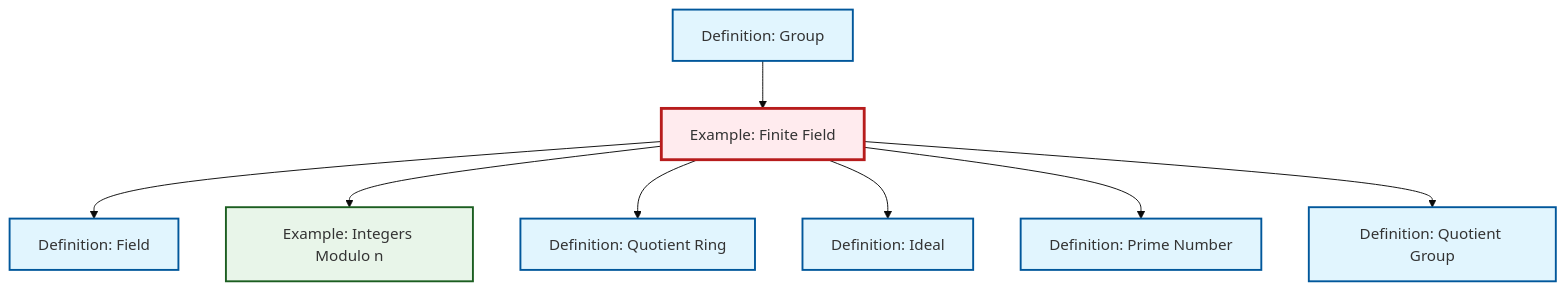
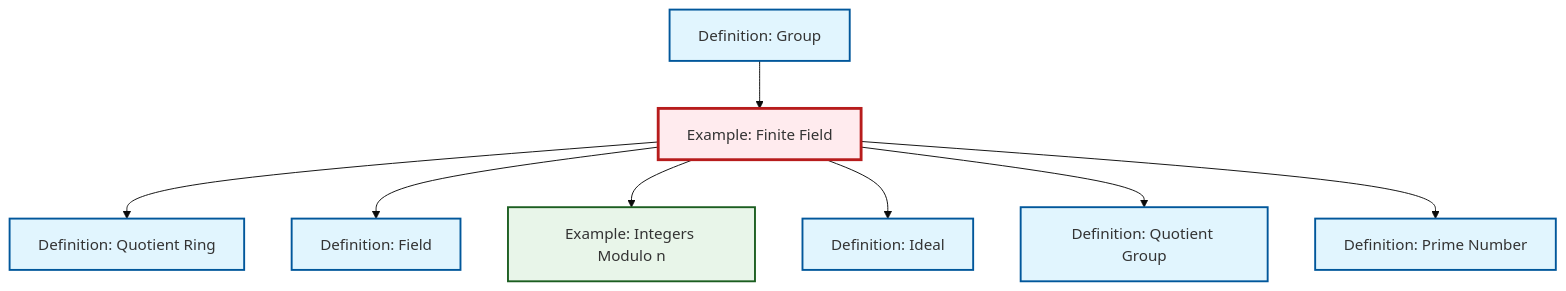
Before and after one commit to RK0429/ModernMath: the diagram in content/ja/algebra/ex-finite-field.qmd, drawn with Mermaid (base theme). The commit also changed other lines of this file and 619 other files, not shown here.

````diff
--- a/content/ja/algebra/ex-finite-field.qmd
+++ b/content/ja/algebra/ex-finite-field.qmd
@@ -67,32 +67,32 @@
 ```{mermaid}
 %%| fig-cap: "Local dependency graph"
 graph TD
     classDef definition fill:#e1f5fe,stroke:#01579b,stroke-width:2px
     classDef theorem fill:#f3e5f5,stroke:#4a148c,stroke-width:2px
     classDef axiom fill:#fff3e0,stroke:#e65100,stroke-width:2px
     classDef example fill:#e8f5e9,stroke:#1b5e20,stroke-width:2px
     classDef current fill:#ffebee,stroke:#b71c1c,stroke-width:3px
+    def-prime["Definition: Prime Number"]:::definition
     ex-finite-field["Example: Finite Field"]:::example
+    def-group["Definition: Group"]:::definition
+    def-ideal["Definition: Ideal"]:::definition
+    def-quotient-group["Definition: Quotient Group"]:::definition
     ex-quotient-integers-mod-n["Example: Integers Modulo n"]:::example
-    def-ideal["Definition: Ideal"]:::definition
     def-quotient-ring["Definition: Quotient Ring"]:::definition
     def-field["Definition: Field"]:::definition
-    def-quotient-group["Definition: Quotient Group"]:::definition
-    def-prime["Definition: Prime Number"]:::definition
-    def-group["Definition: Group"]:::definition
+    ex-finite-field --> def-quotient-ring
+    ex-finite-field --> def-field
     def-group --> ex-finite-field
-    ex-finite-field --> def-field
     ex-finite-field --> ex-quotient-integers-mod-n
-    ex-finite-field --> def-quotient-ring
     ex-finite-field --> def-ideal
+    ex-finite-field --> def-quotient-group
     ex-finite-field --> def-prime
-    ex-finite-field --> def-quotient-group
     class ex-finite-field current
+    click def-prime "def-prime.html" "Definition: Prime Numberへ"
+    click def-group "def-group.html" "Definition: Groupへ"
+    click def-ideal "def-ideal.html" "Definition: Idealへ"
+    click def-quotient-group "def-quotient-group.html" "Definition: Quotient Groupへ"
     click ex-quotient-integers-mod-n "ex-quotient-integers-mod-n.html" "Example: Integers Modulo nへ"
-    click def-ideal "def-ideal.html" "Definition: Idealへ"
     click def-quotient-ring "def-quotient-ring.html" "Definition: Quotient Ringへ"
     click def-field "def-field.html" "Definition: Fieldへ"
-    click def-quotient-group "def-quotient-group.html" "Definition: Quotient Groupへ"
-    click def-prime "def-prime.html" "Definition: Prime Numberへ"
-    click def-group "def-group.html" "Definition: Groupへ"
 ```
````
